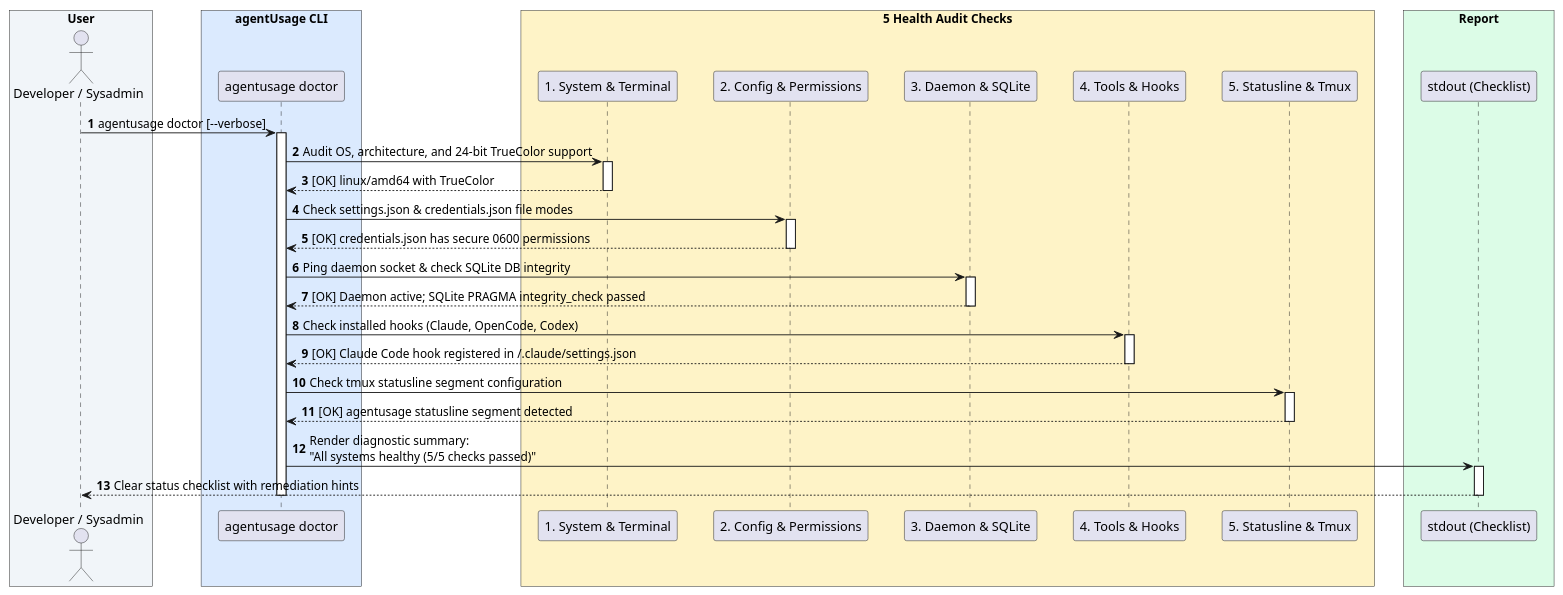
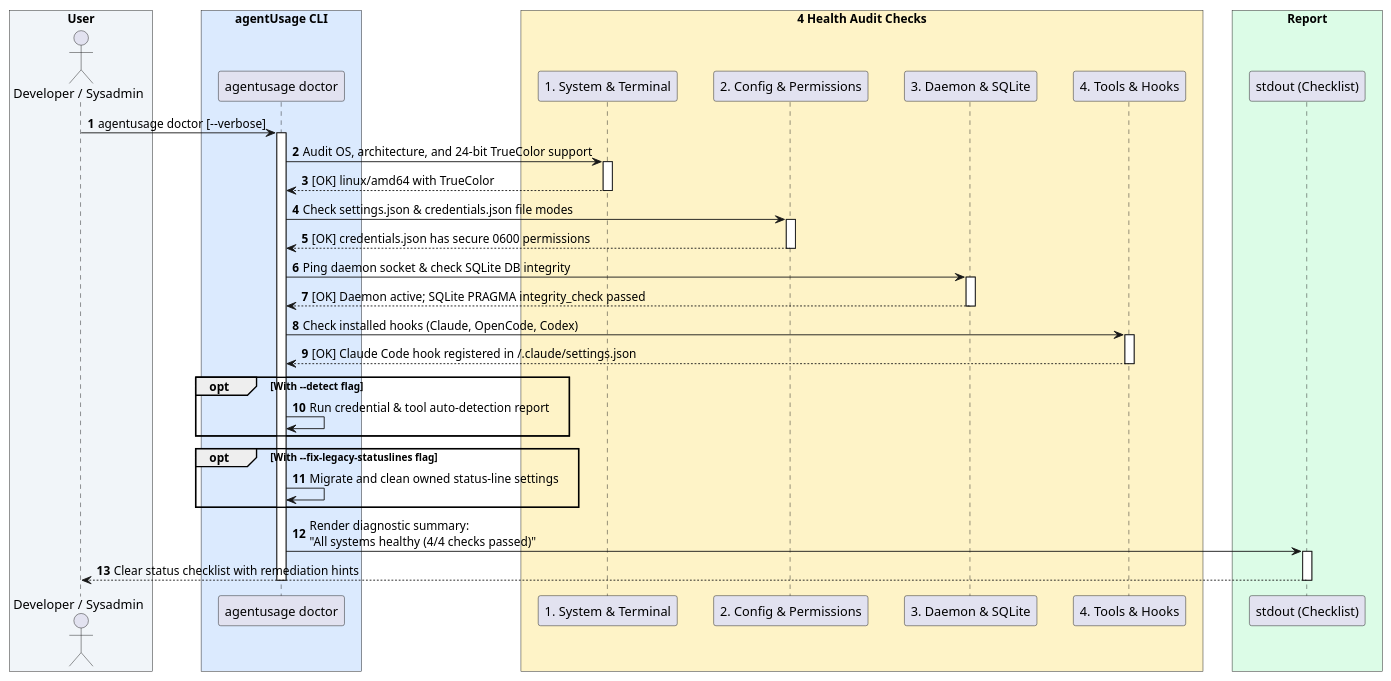
One commit to nurulislamz/agentusage changed the ninth of 16 diagrams in docs/user-flow-diagram.md. Above: the diagram before and after it, drawn with PlantUML. The commit also changed other lines of this file and 13 other files, not shown here.

````diff
--- a/docs/user-flow-diagram.md
+++ b/docs/user-flow-diagram.md
@@ -679,61 +679,63 @@
 ```plantuml
 @startuml
 autonumber
 skinparam BoxPadding 15
 skinparam ParticipantPadding 15
 
 box "User" #F1F5F9
     actor User as "Developer / Sysadmin"
 end box
 
 box "agentUsage CLI" #DBEAFE
     participant Doctor as "agentusage doctor"
 end box
 
-box "5 Health Audit Checks" #FEF3C7
+box "4 Health Audit Checks" #FEF3C7
     participant Sys as "1. System & Terminal"
     participant Sec as "2. Config & Permissions"
     participant Daemon as "3. Daemon & SQLite"
     participant Hooks as "4. Tools & Hooks"
-    participant Tmux as "5. Statusline & Tmux"
 end box
 
 box "Report" #DCFCE7
     participant Stdout as "stdout (Checklist)"
 end box
 
 User -> Doctor : agentusage doctor [--verbose]
 activate Doctor
 
 Doctor -> Sys : Audit OS, architecture, and 24-bit TrueColor support
 activate Sys
 Sys --> Doctor : [OK] linux/amd64 with TrueColor
 deactivate Sys
 
 Doctor -> Sec : Check settings.json & credentials.json file modes
 activate Sec
 Sec --> Doctor : [OK] credentials.json has secure 0600 permissions
 deactivate Sec
 
 Doctor -> Daemon : Ping daemon socket & check SQLite DB integrity
 activate Daemon
 Daemon --> Doctor : [OK] Daemon active; SQLite PRAGMA integrity_check passed
 deactivate Daemon
 
 Doctor -> Hooks : Check installed hooks (Claude, OpenCode, Codex)
 activate Hooks
 Hooks --> Doctor : [OK] Claude Code hook registered in ~/.claude/settings.json
 deactivate Hooks
 
-Doctor -> Tmux : Check tmux statusline segment configuration
-activate Tmux
-Tmux --> Doctor : [OK] agentusage statusline segment detected
-deactivate Tmux
+opt With --detect flag
+    Doctor -> Doctor : Run credential & tool auto-detection report
+end
 
-Doctor -> Stdout : Render diagnostic summary:\n"All systems healthy (5/5 checks passed)"
+opt With --fix-legacy-statuslines flag
+    Doctor -> Doctor : Migrate and clean owned status-line settings
+end
+
+Doctor -> Stdout : Render diagnostic summary:\n"All systems healthy (4/4 checks passed)"
 activate Stdout
 Stdout --> User : Clear status checklist with remediation hints
 deactivate Stdout
 deactivate Doctor
 @enduml
 ```
````
